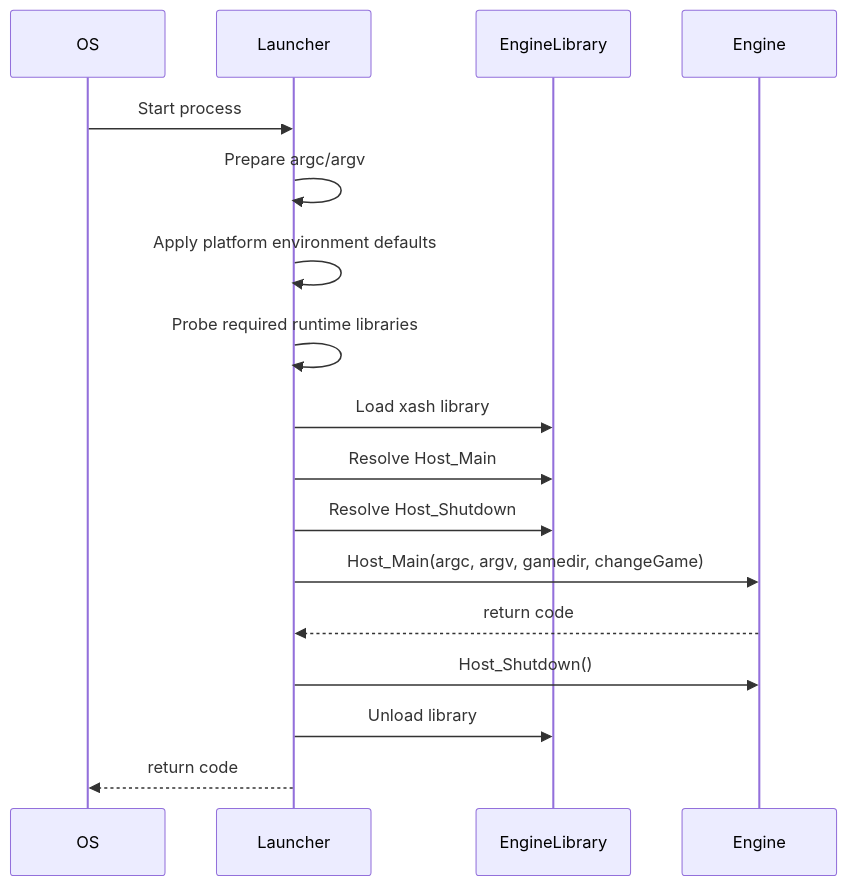
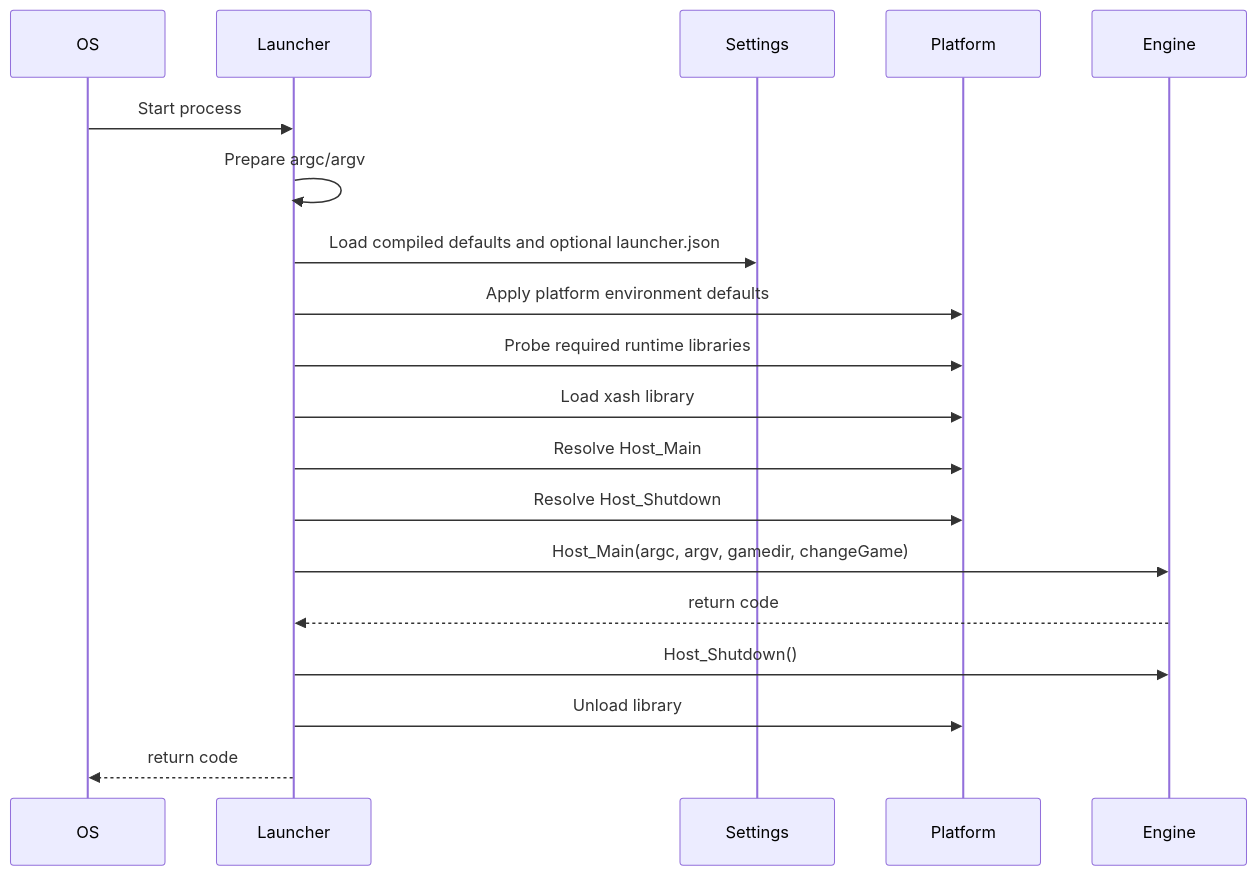
One commit to CommanderByte/xash3d-fwgs changed the first of 2 diagrams in Documentation/codex/modern/game-launch/architecture.md. Above: the diagram before and after it, drawn with Mermaid. The commit also changed other lines of this file and 32 other files, not shown here.

````diff
--- a/Documentation/codex/modern/game-launch/architecture.md
+++ b/Documentation/codex/modern/game-launch/architecture.md
@@ -32,20 +35,22 @@
 ```mermaid
 sequenceDiagram
     participant OS
     participant Launcher
-    participant EngineLibrary
+    participant Settings
+    participant Platform
     participant Engine
 
     OS->>Launcher: Start process
     Launcher->>Launcher: Prepare argc/argv
-    Launcher->>Launcher: Apply platform environment defaults
-    Launcher->>Launcher: Probe required runtime libraries
-    Launcher->>EngineLibrary: Load xash library
-    Launcher->>EngineLibrary: Resolve Host_Main
-    Launcher->>EngineLibrary: Resolve Host_Shutdown
+    Launcher->>Settings: Load compiled defaults and optional launcher.json
+    Launcher->>Platform: Apply platform environment defaults
+    Launcher->>Platform: Probe required runtime libraries
+    Launcher->>Platform: Load xash library
+    Launcher->>Platform: Resolve Host_Main
+    Launcher->>Platform: Resolve Host_Shutdown
     Launcher->>Engine: Host_Main(argc, argv, gamedir, changeGame)
     Engine-->>Launcher: return code
     Launcher->>Engine: Host_Shutdown()
-    Launcher->>EngineLibrary: Unload library
+    Launcher->>Platform: Unload library
     Launcher-->>OS: return code
 ```
````
